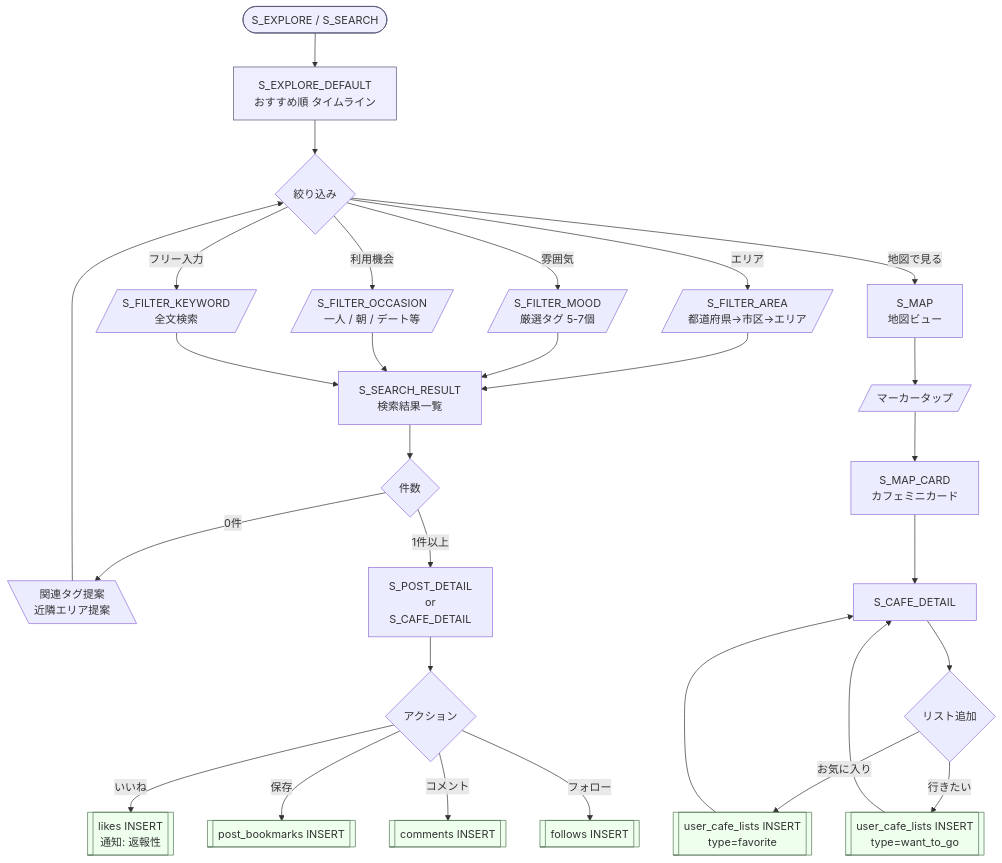
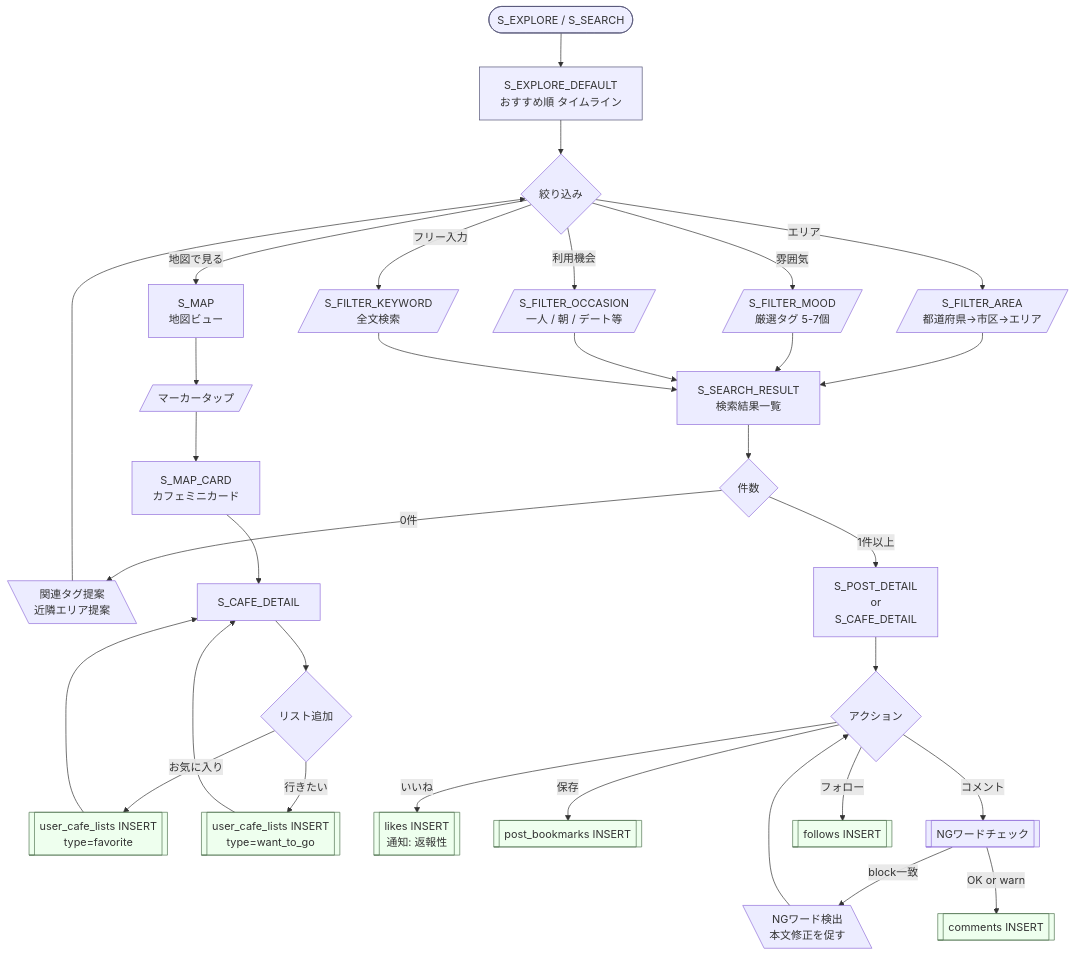
The fourth of 6 diagrams in docs/design/screen-flow.md (Matsushima-A-830/cafe_sns_site), drawn with Mermaid before and after one commit. The commit also changed 22 other files, not shown here.

````diff
--- a/docs/design/screen-flow.md
+++ b/docs/design/screen-flow.md
@@ -208,42 +208,45 @@
 ```mermaid
 flowchart TD
     Enter([S_EXPLORE / S_SEARCH]) --> Default[S_EXPLORE_DEFAULT<br/>おすすめ順 タイムライン]
     Default --> Filter{絞り込み}
 
     Filter -->|エリア| AreaPick[/S_FILTER_AREA<br/>都道府県→市区→エリア/]
     Filter -->|雰囲気| MoodPick[/S_FILTER_MOOD<br/>厳選タグ 5-7個/]
     Filter -->|利用機会| OccasionPick[/S_FILTER_OCCASION<br/>一人 / 朝 / デート等/]
     Filter -->|フリー入力| KeywordPick[/S_FILTER_KEYWORD<br/>全文検索/]
     Filter -->|地図で見る| SwitchMap[S_MAP<br/>地図ビュー]
 
     AreaPick --> Result[S_SEARCH_RESULT<br/>検索結果一覧]
     MoodPick --> Result
     OccasionPick --> Result
     KeywordPick --> Result
 
     Result --> ResultEmpty{件数}
     ResultEmpty -->|0件| Suggest[\関連タグ提案<br/>近隣エリア提案\]
     ResultEmpty -->|1件以上| Detail[S_POST_DETAIL<br/>or<br/>S_CAFE_DETAIL]
 
     Suggest --> Filter
 
     SwitchMap --> MapMarker[/マーカータップ/]
     MapMarker --> MapCard[S_MAP_CARD<br/>カフェミニカード]
     MapCard --> CafeDetail[S_CAFE_DETAIL]
     CafeDetail --> AddList{リスト追加}
     AddList -->|お気に入り| AddFav[[user_cafe_lists INSERT<br/>type=favorite]]
     AddList -->|行きたい| AddWant[[user_cafe_lists INSERT<br/>type=want_to_go]]
     AddFav --> CafeDetail
     AddWant --> CafeDetail
 
     Detail --> DetailAction{アクション}
     DetailAction -->|いいね| Like[[likes INSERT<br/>通知: 返報性]]
     DetailAction -->|保存| Bookmark[[post_bookmarks INSERT]]
-    DetailAction -->|コメント| Comment[[comments INSERT]]
+    DetailAction -->|コメント| CommentNgCheck[[NGワードチェック]]
+    CommentNgCheck -->|block一致| CommentNgError[\NGワード検出<br/>本文修正を促す\]
+    CommentNgError --> DetailAction
+    CommentNgCheck -->|OK or warn| Comment[[comments INSERT]]
     DetailAction -->|フォロー| Follow[[follows INSERT]]
 
     classDef start fill:#eef,stroke:#557
     classDef action fill:#efe,stroke:#575
     class Default,Enter start
     class Like,Bookmark,Comment,Follow,AddFav,AddWant action
 ```
````
